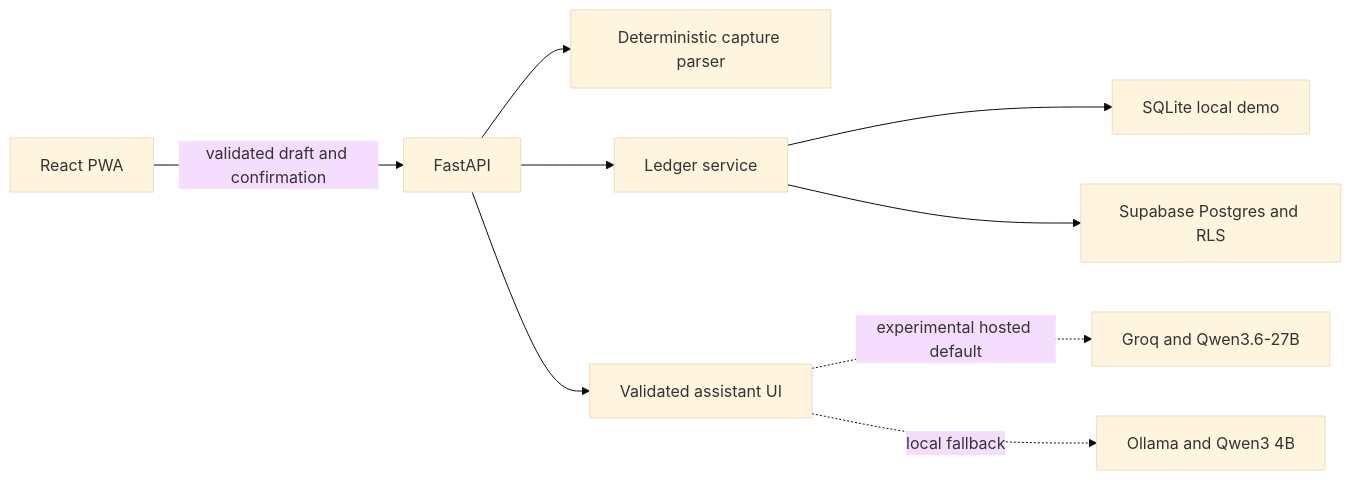
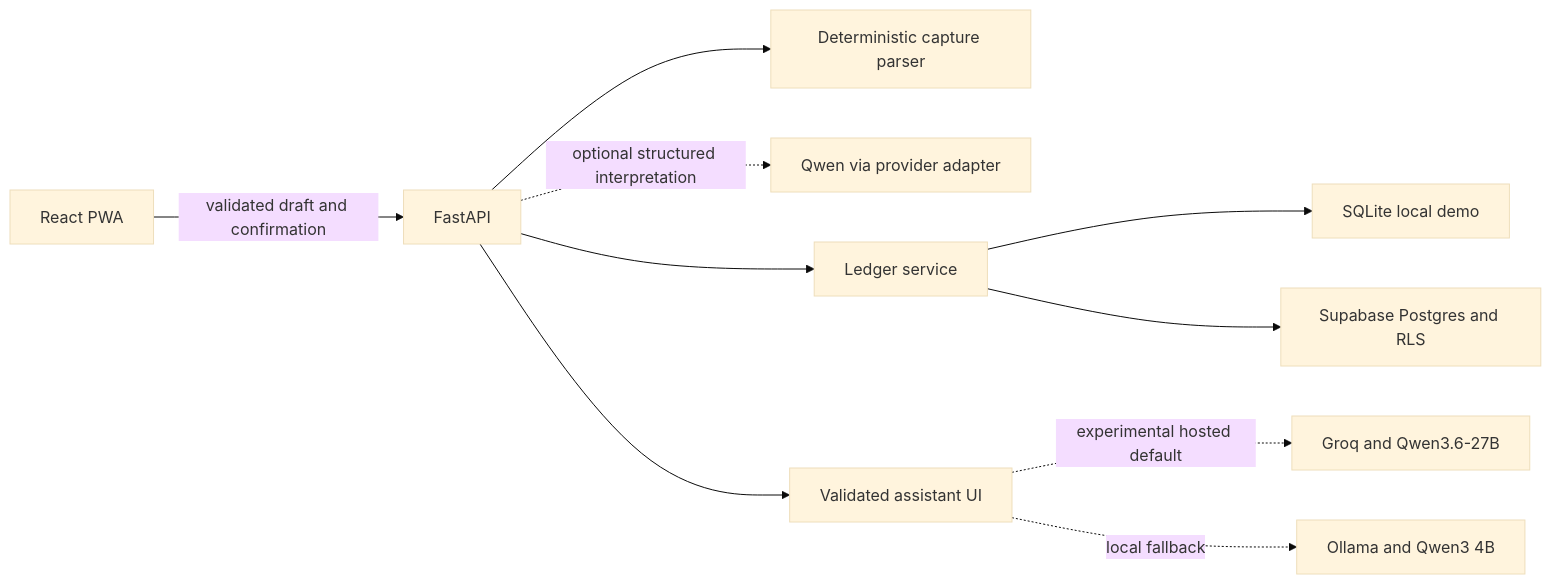
One commit to snayan06/artha changed the diagram in README.md. Above: the diagram before and after it, drawn with Mermaid (base theme). The commit also changed other lines of this file and 36 other files, not shown here.

````diff
--- a/README.md
+++ b/README.md
@@ -49,11 +53,12 @@
 ```mermaid
 flowchart LR
     PWA["React PWA"] -->|"validated draft and confirmation"| API["FastAPI"]
     API --> PARSER["Deterministic capture parser"]
+    API -. "optional structured interpretation" .-> QWEN["Qwen via provider adapter"]
     API --> LEDGER["Ledger service"]
     LEDGER --> LOCAL["SQLite local demo"]
     LEDGER --> DB["Supabase Postgres and RLS"]
     API --> ASSISTANT["Validated assistant UI"]
     ASSISTANT -. "experimental hosted default" .-> GROQ["Groq and Qwen3.6-27B"]
     ASSISTANT -. "local fallback" .-> OLLAMA["Ollama and Qwen3 4B"]
 ```
````
